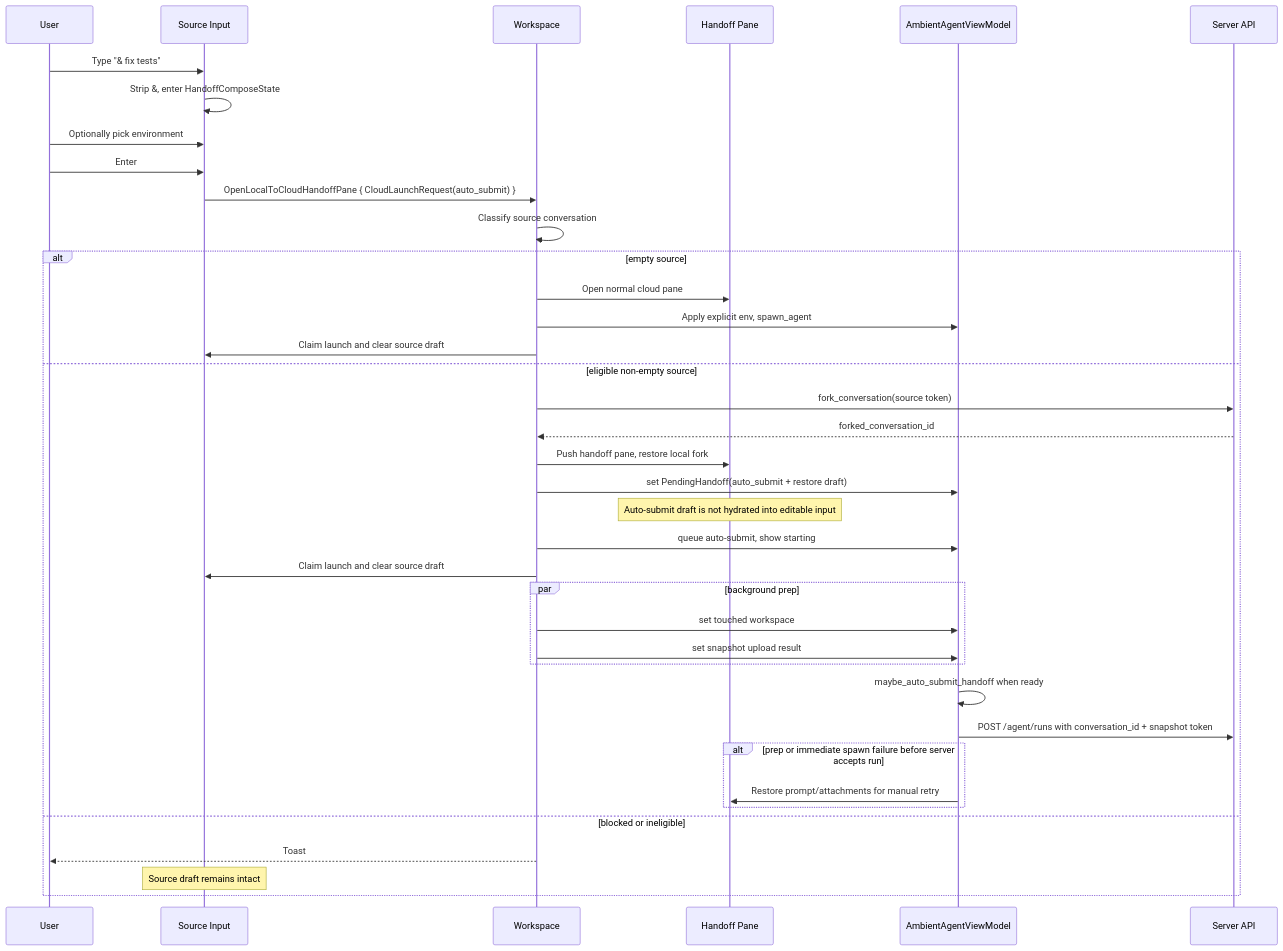
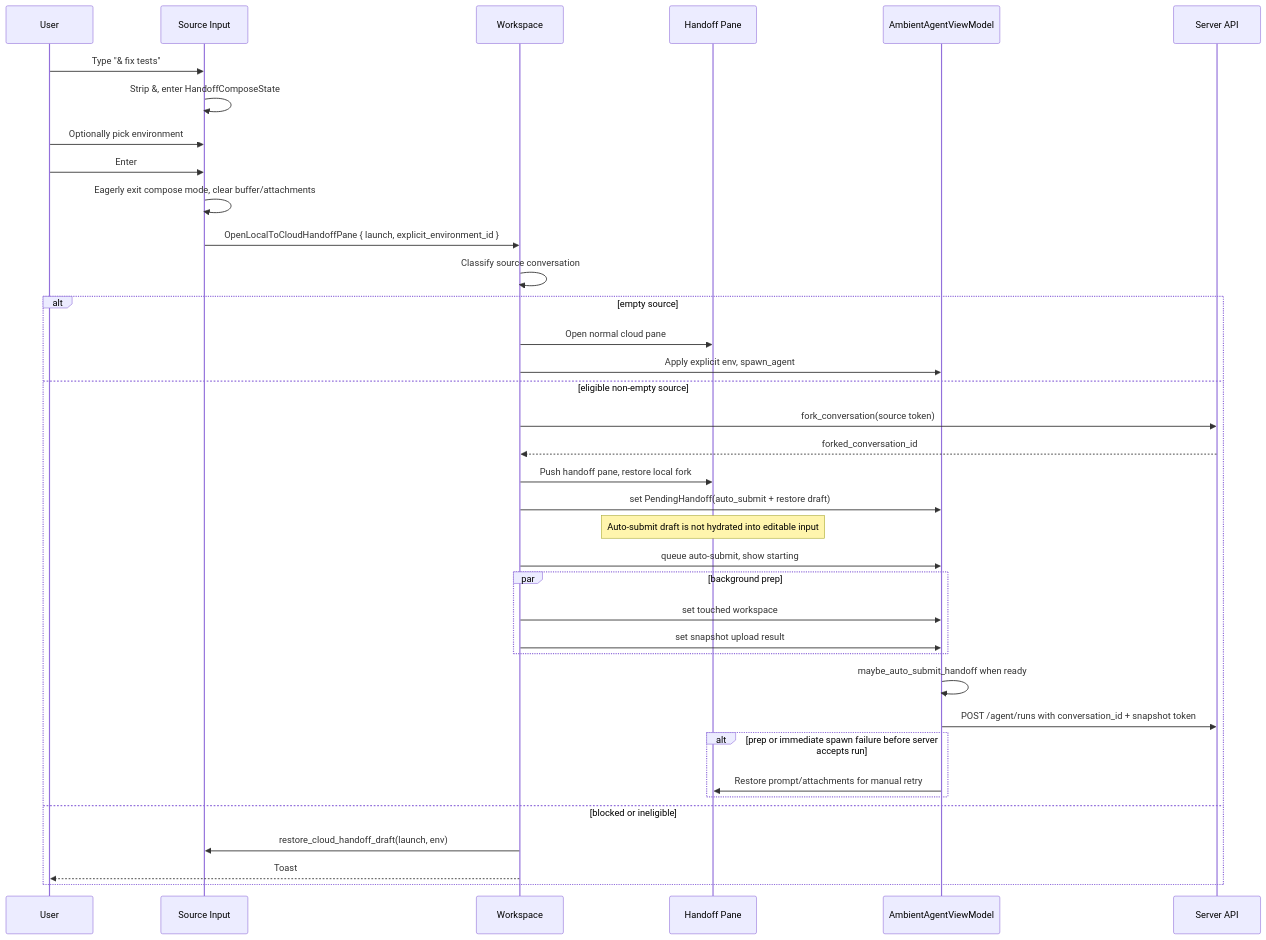
Before and after one commit to davidrudduck/warp: the diagram in specs/REMOTE-1558/TECH.md, drawn with Mermaid. The commit also changed other lines of this file and 11 other files, not shown here.

````diff
--- a/specs/REMOTE-1558/TECH.md
+++ b/specs/REMOTE-1558/TECH.md
@@ -116,40 +116,39 @@
 ```mermaid
 sequenceDiagram
     participant U as User
     participant I as Source Input
     participant W as Workspace
     participant HP as Handoff Pane
     participant M as AmbientAgentViewModel
     participant API as Server API
     U->>I: Type "& fix tests"
     I->>I: Strip &, enter HandoffComposeState
     U->>I: Optionally pick environment
     U->>I: Enter
-    I->>W: OpenLocalToCloudHandoffPane { CloudLaunchRequest(auto_submit) }
+    I->>I: Eagerly exit compose mode, clear buffer/attachments
+    I->>W: OpenLocalToCloudHandoffPane { launch, explicit_environment_id }
     W->>W: Classify source conversation
     alt empty source
         W->>HP: Open normal cloud pane
         W->>M: Apply explicit env, spawn_agent
-        W->>I: Claim launch and clear source draft
     else eligible non-empty source
         W->>API: fork_conversation(source token)
         API-->>W: forked_conversation_id
         W->>HP: Push handoff pane, restore local fork
         W->>M: set PendingHandoff(auto_submit + restore draft)
         Note over HP: Auto-submit draft is not hydrated into editable input
         W->>M: queue auto-submit, show starting
-        W->>I: Claim launch and clear source draft
         par background prep
             W->>M: set touched workspace
             W->>M: set snapshot upload result
         end
         M->>M: maybe_auto_submit_handoff when ready
         M->>API: POST /agent/runs with conversation_id + snapshot token
         alt prep or immediate spawn failure before server accepts run
             M->>HP: Restore prompt/attachments for manual retry
         end
     else blocked or ineligible
+        W->>I: restore_cloud_handoff_draft(launch, env)
         W-->>U: Toast
-        Note over I: Source draft remains intact
     end
 ```
````
